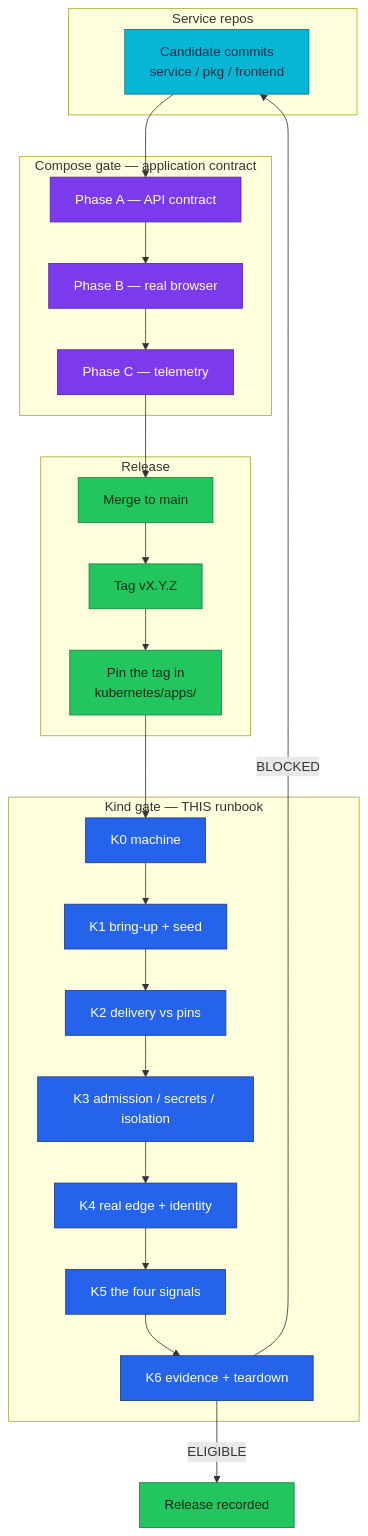
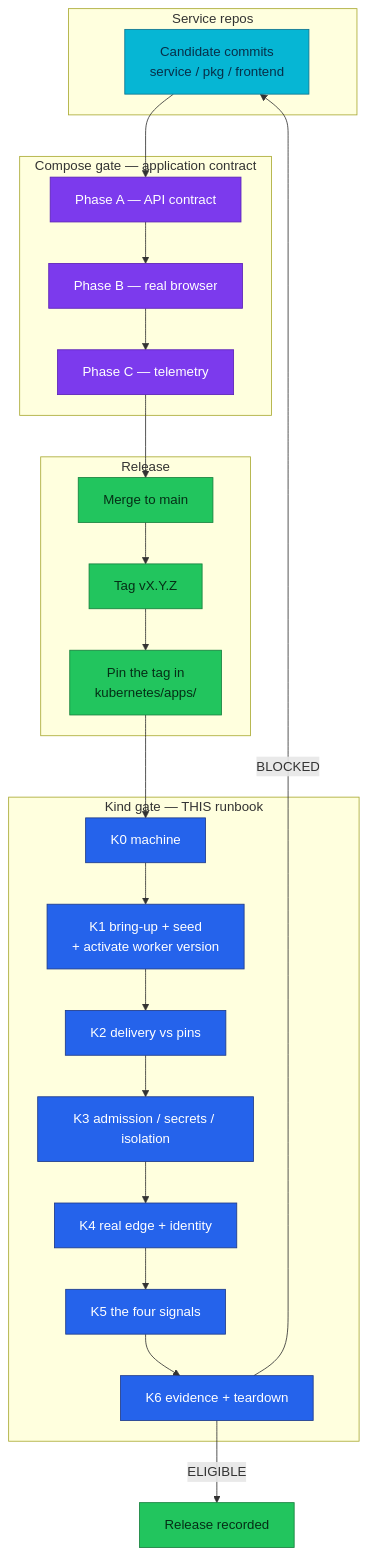
One commit to duynhlab/homelab changed the diagram in docs/platform/kind-e2e-audit.md. Above: the diagram before and after it, drawn with Mermaid. The commit also changed other lines of this file and 2 other files, not shown here.

````diff
--- a/docs/platform/kind-e2e-audit.md
+++ b/docs/platform/kind-e2e-audit.md
@@ -52,37 +52,37 @@
 ```mermaid
 flowchart TD
   subgraph service["Service repos"]
     code["Candidate commits<br/>service / pkg / frontend"]
   end
   subgraph compose["Compose gate — application contract"]
     ca["Phase A — API contract"]
     cb["Phase B — real browser"]
     cc["Phase C — telemetry"]
   end
   subgraph release["Release"]
     merge["Merge to main"]
     tag["Tag vX.Y.Z"]
     pin["Pin the tag in<br/>kubernetes/apps/"]
   end
   subgraph kind["Kind gate — THIS runbook"]
-    k0["K0 machine"] --> k1["K1 bring-up + seed"]
+    k0["K0 machine"] --> k1["K1 bring-up + seed<br/>+ activate worker version"]
     k1 --> k2["K2 delivery vs pins"]
     k2 --> k3["K3 admission / secrets / isolation"]
     k3 --> k4["K4 real edge + identity"]
     k4 --> k5["K5 the four signals"]
     k5 --> k6["K6 evidence + teardown"]
   end
 
   code --> ca --> cb --> cc --> merge --> tag --> pin --> k0
   k6 -->|"ELIGIBLE"| done["Release recorded"]
   k6 -->|"BLOCKED"| code
 
   classDef service fill:#06b6d4,color:#082f49,stroke:#0e7490;
   classDef platform fill:#7c3aed,color:#fff,stroke:#5b21b6;
   classDef edge fill:#2563eb,color:#fff,stroke:#1e3a8a;
   classDef data fill:#22c55e,color:#052e16,stroke:#15803d;
   class code service;
   class ca,cb,cc platform;
   class merge,tag,pin,done data;
   class k0,k1,k2,k3,k4,k5,k6 edge;
 ```
````
